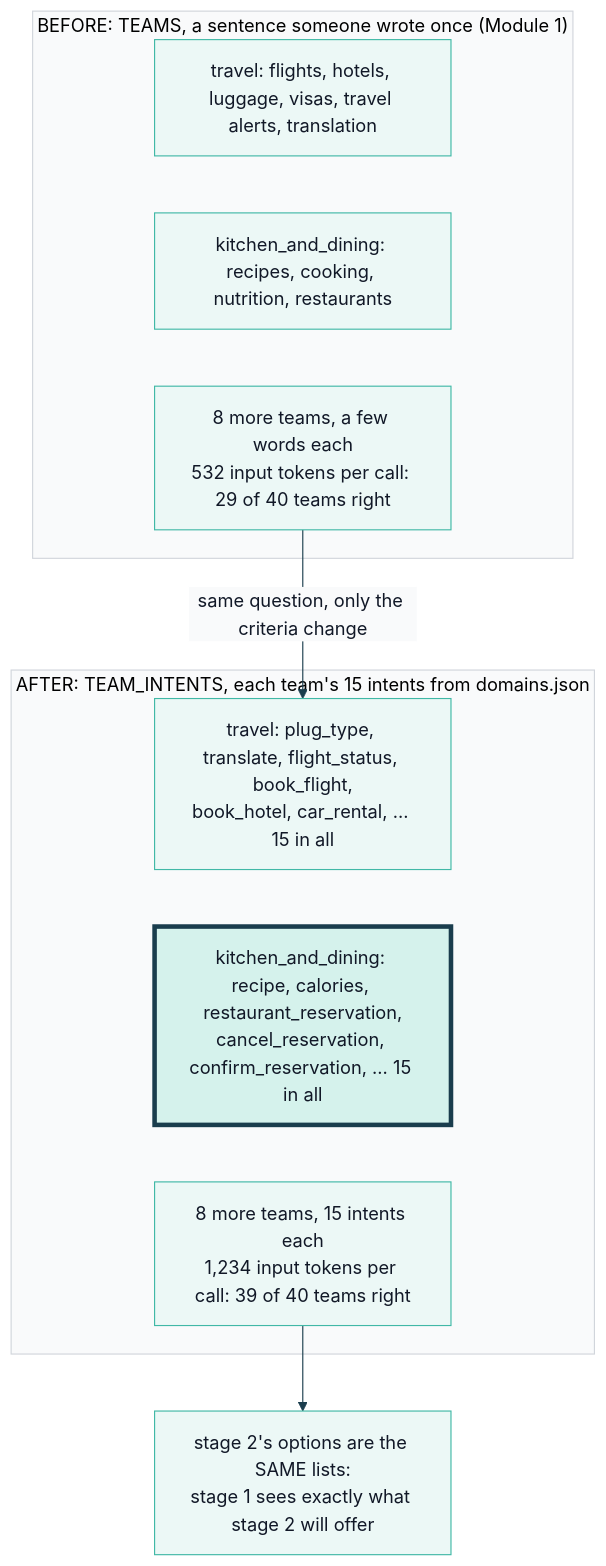
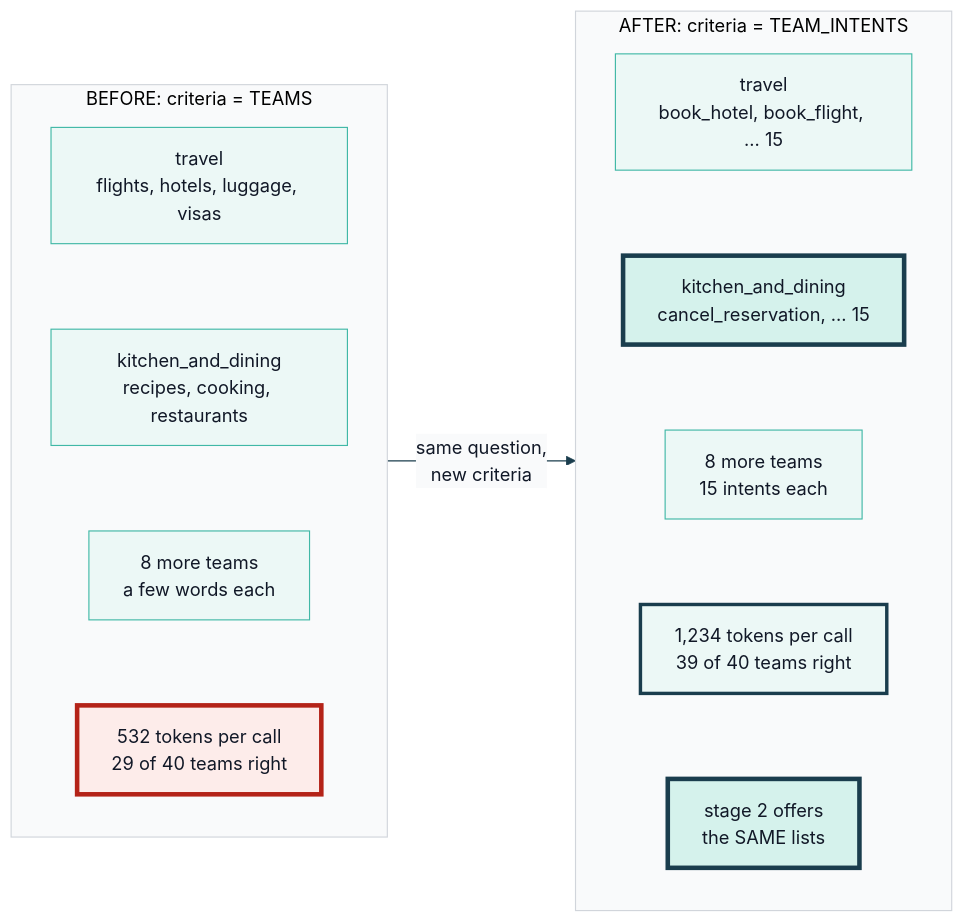
Before and after one commit to axel-sirota/getting_started_jev: the diagram in course/diagrams/module_02/p3-criteria-as-data.mmd, drawn with Mermaid. The commit also changed 75 other files, not shown here.

Commit message:
Modules 1 and 2: visual pass (figures redrawn to read-at-a-glance limits, demo charts, lab maps, prose cut)

```diff
--- a/course/diagrams/module_02/p3-criteria-as-data.mmd
+++ b/course/diagrams/module_02/p3-criteria-as-data.mmd
@@ -1,22 +1,27 @@
 %%{init: {"theme": "base", "themeVariables": {"fontFamily": "Inter, sans-serif", "primaryColor": "#ECF8F6", "primaryBorderColor": "#40B8A6", "primaryTextColor": "#111827", "lineColor": "#1A3D4D", "secondaryColor": "#F9FAFB", "tertiaryColor": "#FFFFFF", "clusterBkg": "#F9FAFB", "clusterBorder": "#D1D5DB", "actorBkg": "#ECF8F6", "actorBorder": "#40B8A6", "noteBkgColor": "#FFF6DA", "noteBorderColor": "#E0B84C"}}}%%
-flowchart TD
-  subgraph TEXT["BEFORE: TEAMS, a sentence someone wrote once (Module 1)"]
-    t1["travel: flights, hotels, luggage, visas, travel alerts, translation"]
-    t2["kitchen_and_dining: recipes, cooking, nutrition, restaurants"]
-    t3["8 more teams, a few words each<br/>532 input tokens per call: 29 of 40 teams right"]
+flowchart LR
+  subgraph TEXT["BEFORE: criteria = TEAMS"]
+    direction TB
+    t1["travel<br/>flights, hotels, luggage, visas"]
+    t2["kitchen_and_dining<br/>recipes, cooking, restaurants"]
+    t3["8 more teams<br/>a few words each"]
+    t4["532 tokens per call<br/>29 of 40 teams right"]
+    t1 ~~~ t2 ~~~ t3 ~~~ t4
   end
-  subgraph DATA["AFTER: TEAM_INTENTS, each team's 15 intents from domains.json"]
-    d1["travel: plug_type, translate, flight_status, book_flight,<br/>book_hotel, car_rental, ... 15 in all"]
-    d2["kitchen_and_dining: recipe, calories, restaurant_reservation,<br/>cancel_reservation, confirm_reservation, ... 15 in all"]
-    d3["8 more teams, 15 intents each<br/>1,234 input tokens per call: 39 of 40 teams right"]
+  subgraph DATA["AFTER: criteria = TEAM_INTENTS"]
+    direction TB
+    d1["travel<br/>book_hotel, book_flight, ... 15"]
+    d2["kitchen_and_dining<br/>cancel_reservation, ... 15"]
+    d3["8 more teams<br/>15 intents each"]
+    d4["1,234 tokens per call<br/>39 of 40 teams right"]
+    d5["stage 2 offers<br/>the SAME lists"]
+    d1 ~~~ d2 ~~~ d3 ~~~ d4 ~~~ d5
   end
-  S2["stage 2's options are the SAME lists:<br/>stage 1 sees exactly what stage 2 will offer"]
-  t1 ~~~ t2 ~~~ t3
-  d1 ~~~ d2 ~~~ d3
-  t3 -- "same question, only the criteria change" --> d1
-  d3 --> S2
+  TEXT -- "same question,<br/>new criteria" --> DATA
 
   classDef fail fill:#FDECEA,stroke:#B42318,stroke-width:4px
   classDef changed fill:#D5F2EC,stroke:#1A3D4D,stroke-width:4px
   classDef ok fill:#ECF8F6,stroke:#1A3D4D,stroke-width:3px
-  class d2 changed
+  class t4 fail
+  class d2,d5 changed
+  class d4 ok
```
